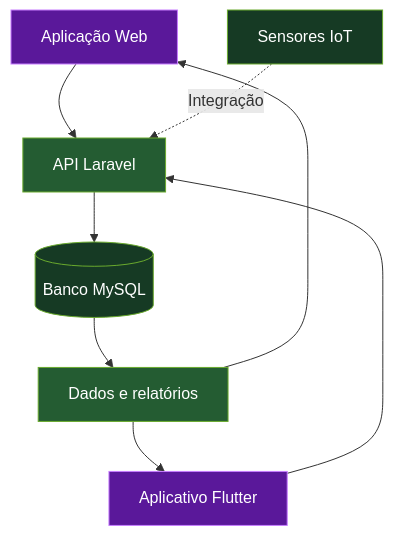
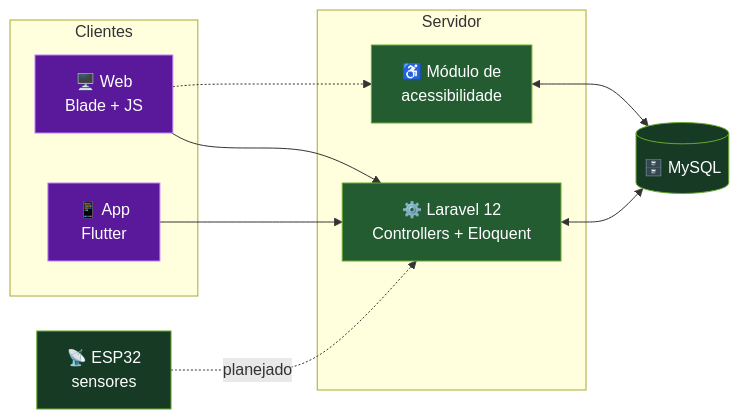
The diagram in README.md (brunafigueirasilva/brunafigueirasilva), drawn with Mermaid before and after one commit. The commit also changed other lines of this file, not shown here.

````diff
--- a/README.md
+++ b/README.md
@@ -161,17 +108,27 @@
 ```mermaid
-flowchart TD
-    A["Aplicação Web"] --> C["API Laravel"]
-    B["Aplicativo Flutter"] --> C
-    C --> D[("Banco MySQL")]
-    E["Sensores IoT"] -. "Integração" .-> C
-    D --> F["Dados e relatórios"]
-    F --> A
-    F --> B
+flowchart LR
+    subgraph Clientes
+        W["🖥️ Web<br/>Blade + JS"]
+        M["📱 App<br/>Flutter"]
+    end
+    subgraph Servidor
+        L["⚙️ Laravel 12<br/>Controllers + Eloquent"]
+        A["♿ Módulo de<br/>acessibilidade"]
+    end
+    DB[("🗄️ MySQL")]
+    S["📡 ESP32<br/>sensores"]
 
-    style A fill:#5A189A,color:#fff,stroke:#C77DFF
-    style B fill:#5A189A,color:#fff,stroke:#C77DFF
-    style C fill:#245C32,color:#fff,stroke:#6AAA2E
-    style D fill:#163A24,color:#fff,stroke:#6AAA2E
-    style E fill:#163A24,color:#fff,stroke:#6AAA2E
-    style F fill:#245C32,color:#fff,stroke:#6AAA2E
+    W --> L
+    M --> L
+    L <--> DB
+    A <--> DB
+    W -.-> A
+    S -. "planejado" .-> L
+
+    classDef roxo fill:#5A189A,color:#fff,stroke:#C77DFF
+    classDef verde fill:#245C32,color:#fff,stroke:#6AAA2E
+    classDef escuro fill:#163A24,color:#fff,stroke:#6AAA2E
+    class W,M roxo
+    class L,A verde
+    class DB,S escuro
 ```
````
